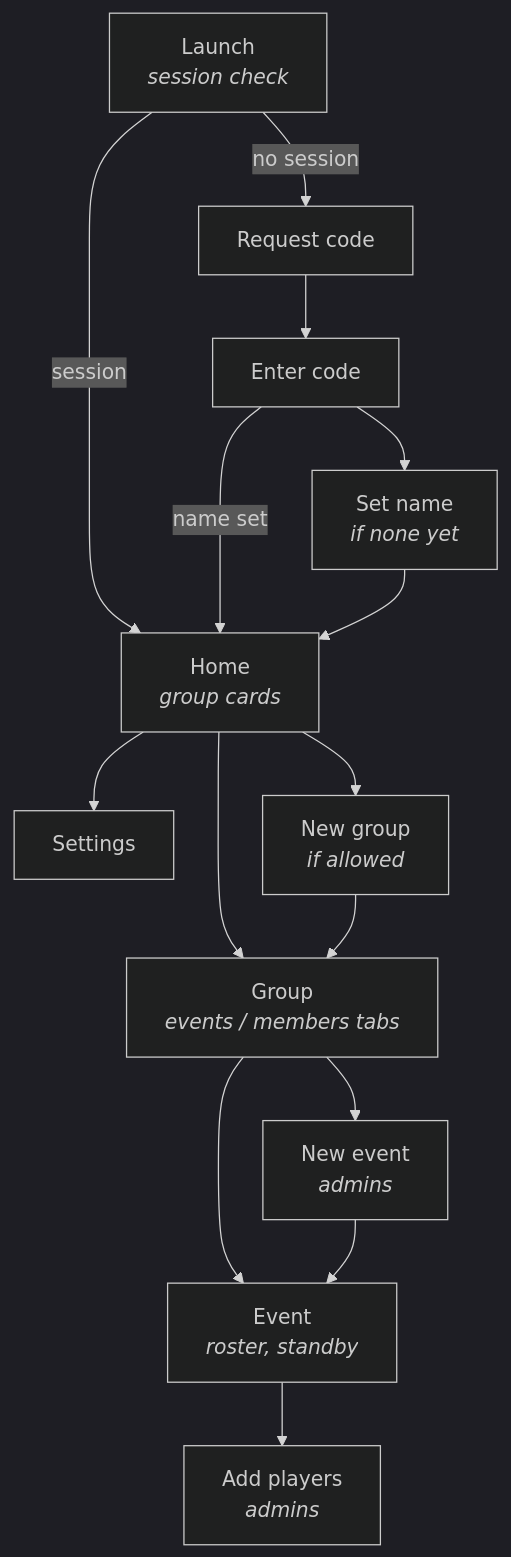
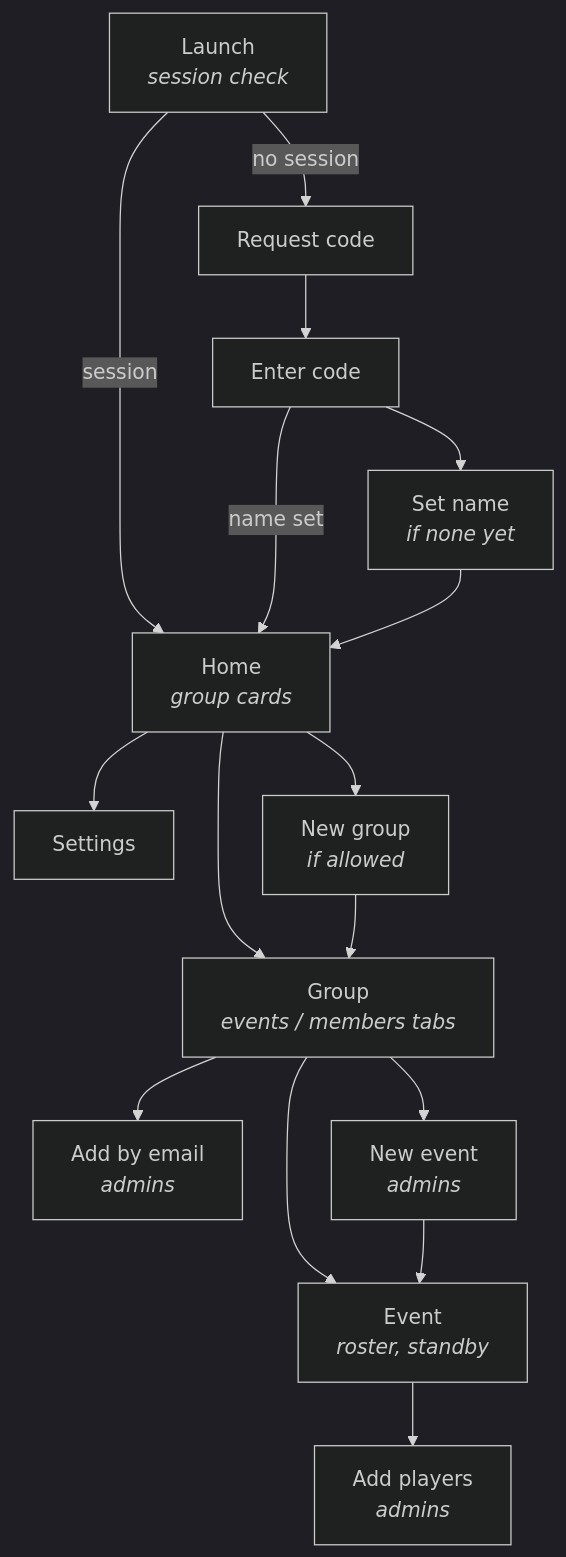
The diagram in docs/SCREENS.md (alirezasobht/Muster), drawn with Mermaid (dark theme) before and after one commit. The commit also changed other lines of this file and 22 other files, not shown here.

````diff
--- a/docs/SCREENS.md
+++ b/docs/SCREENS.md
@@ -12,29 +12,31 @@
 ```mermaid
 flowchart TD
     Launch[Launch<br/><i>session check</i>]
     Request[Request code]
     Enter[Enter code]
     SetName[Set name<br/><i>if none yet</i>]
     Home[Home<br/><i>group cards</i>]
     Settings[Settings]
     NewGroup[New group<br/><i>if allowed</i>]
     Group[Group<br/><i>events / members tabs</i>]
+    AddByEmail[Add by email<br/><i>admins</i>]
     NewEvent[New event<br/><i>admins</i>]
     Event[Event<br/><i>roster, standby</i>]
     AddPlayers[Add players<br/><i>admins</i>]
 
     Launch -->|no session| Request
     Launch -->|session| Home
     Request --> Enter
     Enter --> SetName
     Enter -->|name set| Home
     SetName --> Home
     Home --> Settings
     Home --> NewGroup
     Home --> Group
     NewGroup --> Group
+    Group --> AddByEmail
     Group --> NewEvent
     Group --> Event
     NewEvent --> Event
     Event --> AddPlayers
 ```
````
